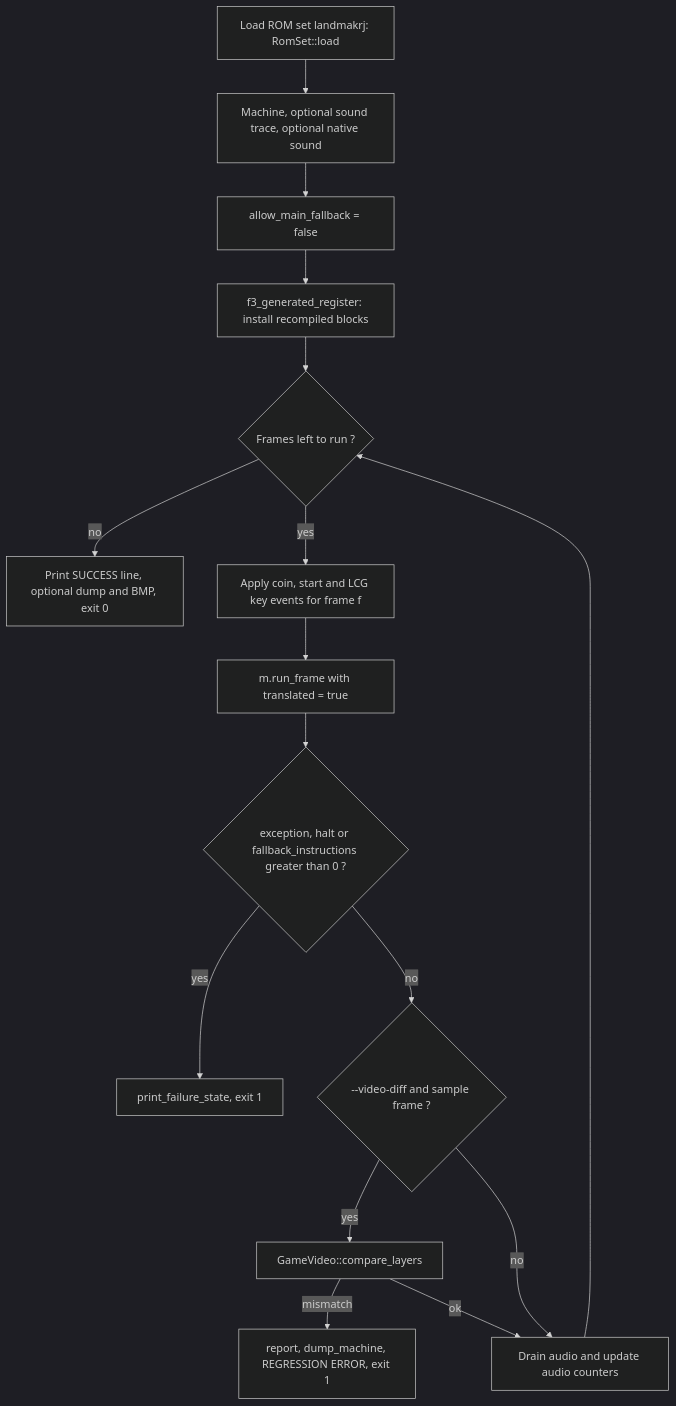
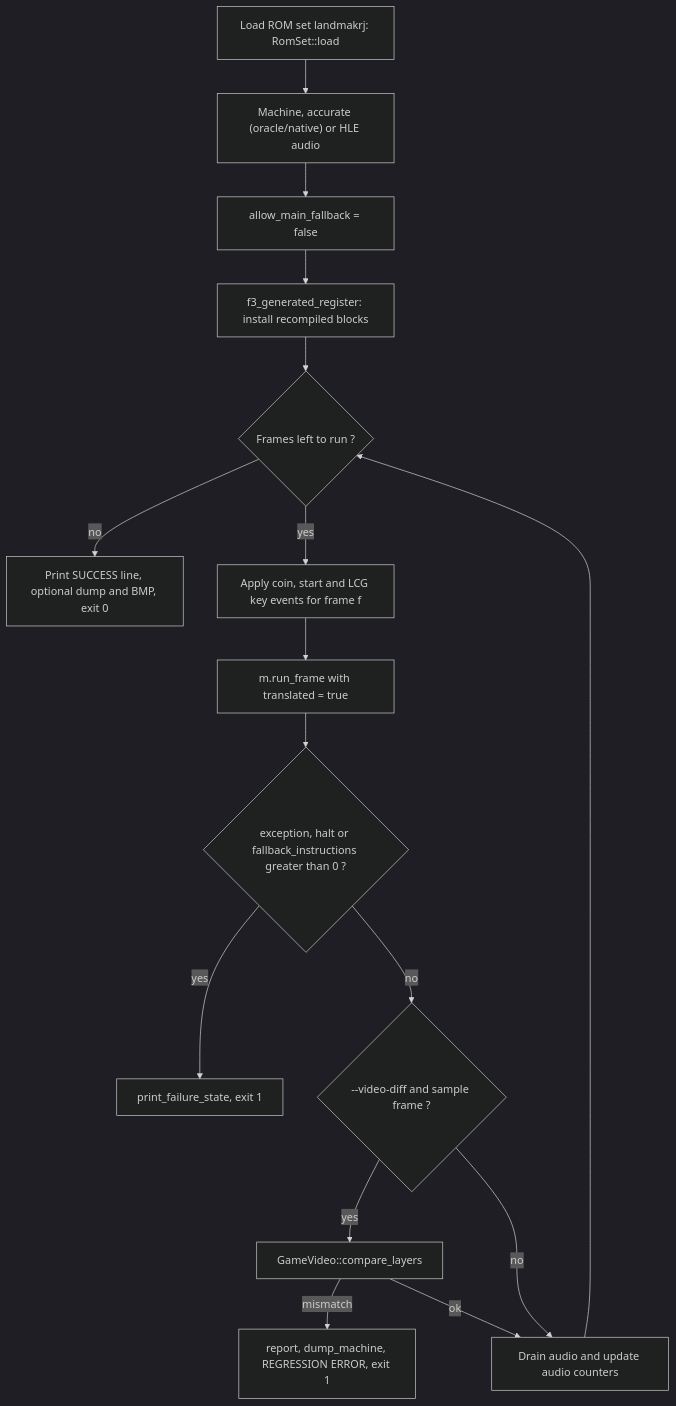
The diagram in docs/site/developer/testing/gameplay-regression.md (ansxor/f3-recomp), drawn with Mermaid (dark theme) before and after one commit. The commit also changed other lines of this file and 43 other files, not shown here.

Commit message:
Add opt-in threaded HLE audio with rollback reconciliation

````diff
--- a/docs/site/developer/testing/gameplay-regression.md
+++ b/docs/site/developer/testing/gameplay-regression.md
@@ -78,18 +80,18 @@
 ```mermaid
 flowchart TD
-    A["Load ROM set landmakrj: RomSet::load"] --> B["Machine, optional sound trace, optional native sound"]
+    A["Load ROM set landmakrj: RomSet::load"] --> B["Machine, accurate (oracle/native) or HLE audio"]
     B --> C["allow_main_fallback = false"]
     C --> D["f3_generated_register: install recompiled blocks"]
     D --> E{"Frames left to run ?"}
     E -->|"no"| Z["Print SUCCESS line, optional dump and BMP, exit 0"]
     E -->|"yes"| F["Apply coin, start and LCG key events for frame f"]
     F --> G["m.run_frame with translated = true"]
     G --> H{"exception, halt or fallback_instructions greater than 0 ?"}
     H -->|"yes"| X["print_failure_state, exit 1"]
     H -->|"no"| I{"--video-diff and sample frame ?"}
     I -->|"yes"| J["GameVideo::compare_layers"]
     J -->|"mismatch"| X2["report, dump_machine, REGRESSION ERROR, exit 1"]
     J -->|"ok"| K["Drain audio and update audio counters"]
     I -->|"no"| K
     K --> E
 ```
````
